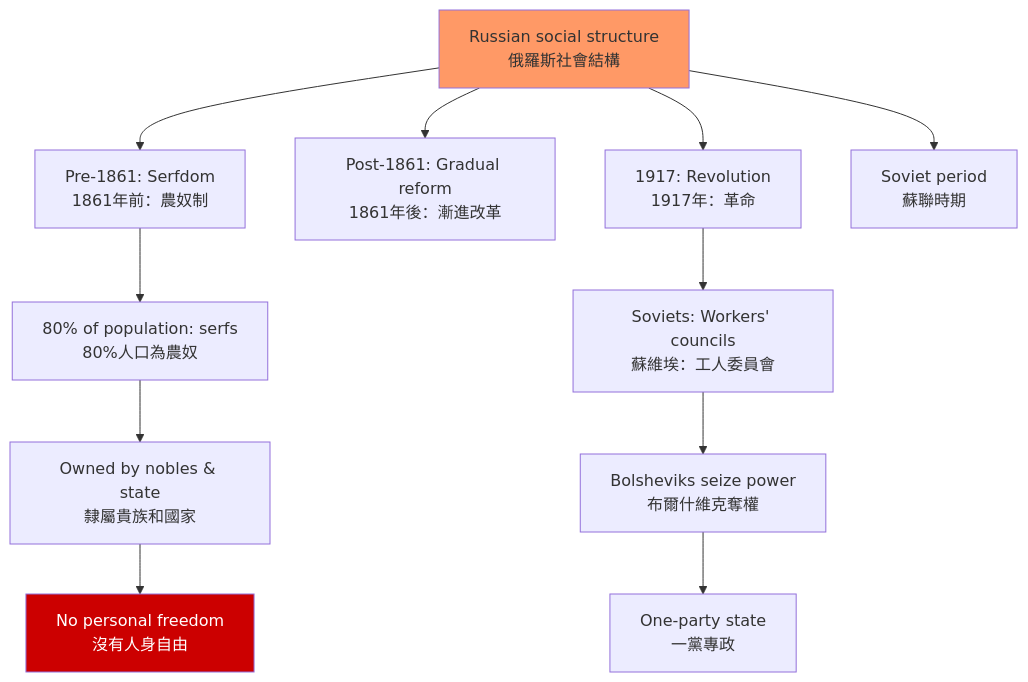
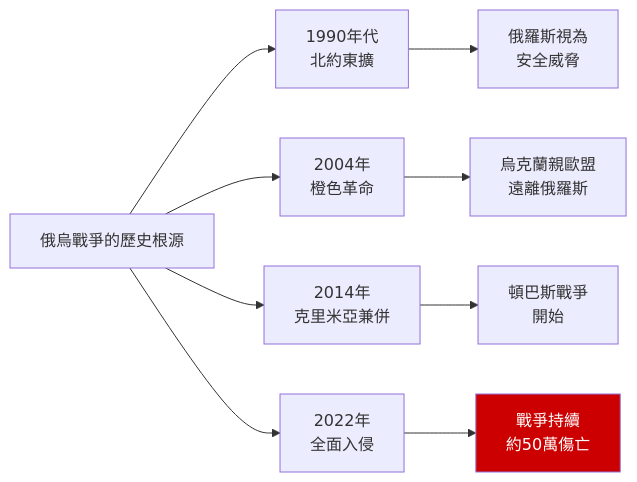
One commit to yip-lgtm/HKU-Harvard-History-Self-Study changed the fifth of 10 diagrams in 01_HKU_Courses/HIST2103_Russian_State_and_Society.md. Above: the diagram before and after it, drawn with Mermaid. The commit also changed other lines of this file and 5 other files, not shown here.

````diff
--- a/01_HKU_Courses/HIST2103_Russian_State_and_Society.md
+++ b/01_HKU_Courses/HIST2103_Russian_State_and_Society.md
@@ -86,18 +353,14 @@
 ```mermaid
-graph TD
-    A[Russian social structure<br/>俄羅斯社會結構] --> B[Pre-1861: Serfdom<br/>1861年前：農奴制]
-    A --> C[Post-1861: Gradual reform<br/>1861年後：漸進改革]
-    A --> D[1917: Revolution<br/>1917年：革命]
-    A --> E[Soviet period<br/>蘇聯時期]
+graph LR
+    A[俄烏戰爭的歷史根源] --> B[1990年代<br/>北約東擴]
+    A --> C[2004年<br/>橙色革命]
+    A --> D[2014年<br/>克里米亞兼併]
+    A --> E[2022年<br/>全面入侵]
     
-    B --> B1[80% of population: serfs<br/>80%人口為農奴]
-    B1 --> B2[Owned by nobles & state<br/>隸屬貴族和國家]
-    B2 --> B3[No personal freedom<br/>沒有人身自由]
+    B --> B1[俄羅斯視為<br/>安全威脅]
+    C --> C1[烏克蘭親歐盟<br/>遠離俄羅斯]
+    D --> D1[頓巴斯戰爭<br/>開始]
+    E --> E1[戰爭持續<br/>約50萬傷亡]
     
-    D --> D1[Soviets: Workers' councils<br/>蘇維埃：工人委員會]
-    D1 --> D2[Bolsheviks seize power<br/>布爾什維克奪權]
-    D2 --> D3[One-party state<br/>一黨專政]
-    
-    style A fill:#f96
-    style B3 fill:#c00,color:#fff
+    style E1 fill:#c00,color:#fff
 ```
````
